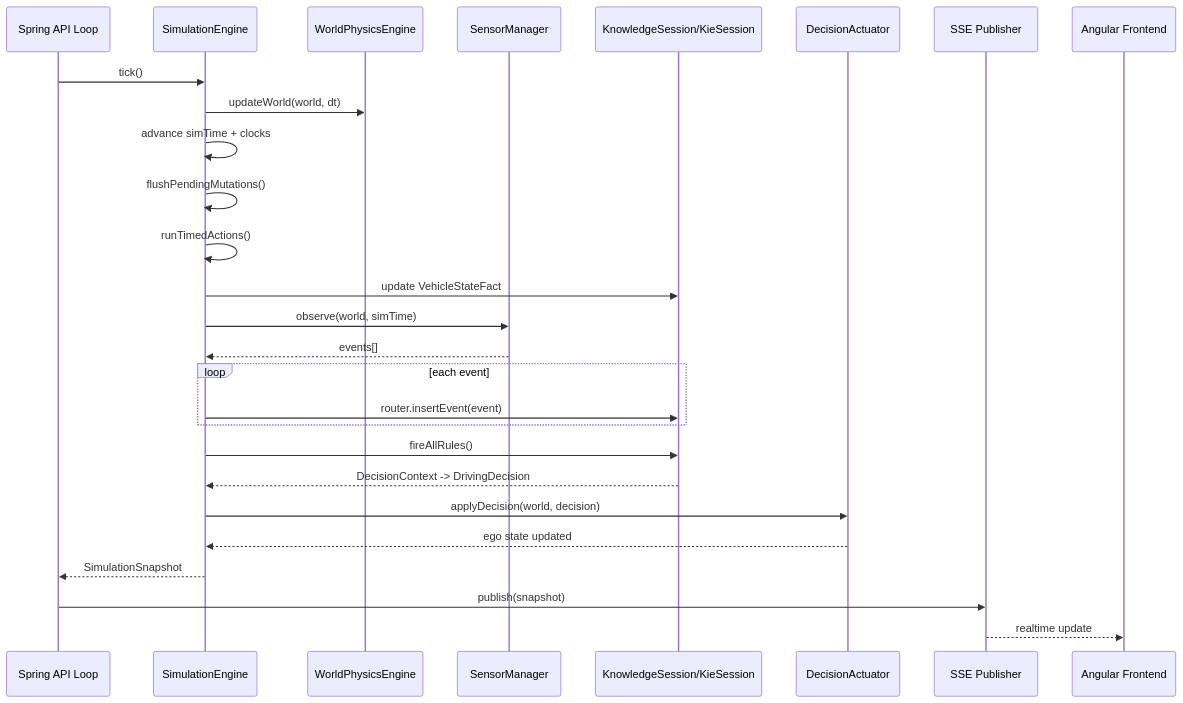
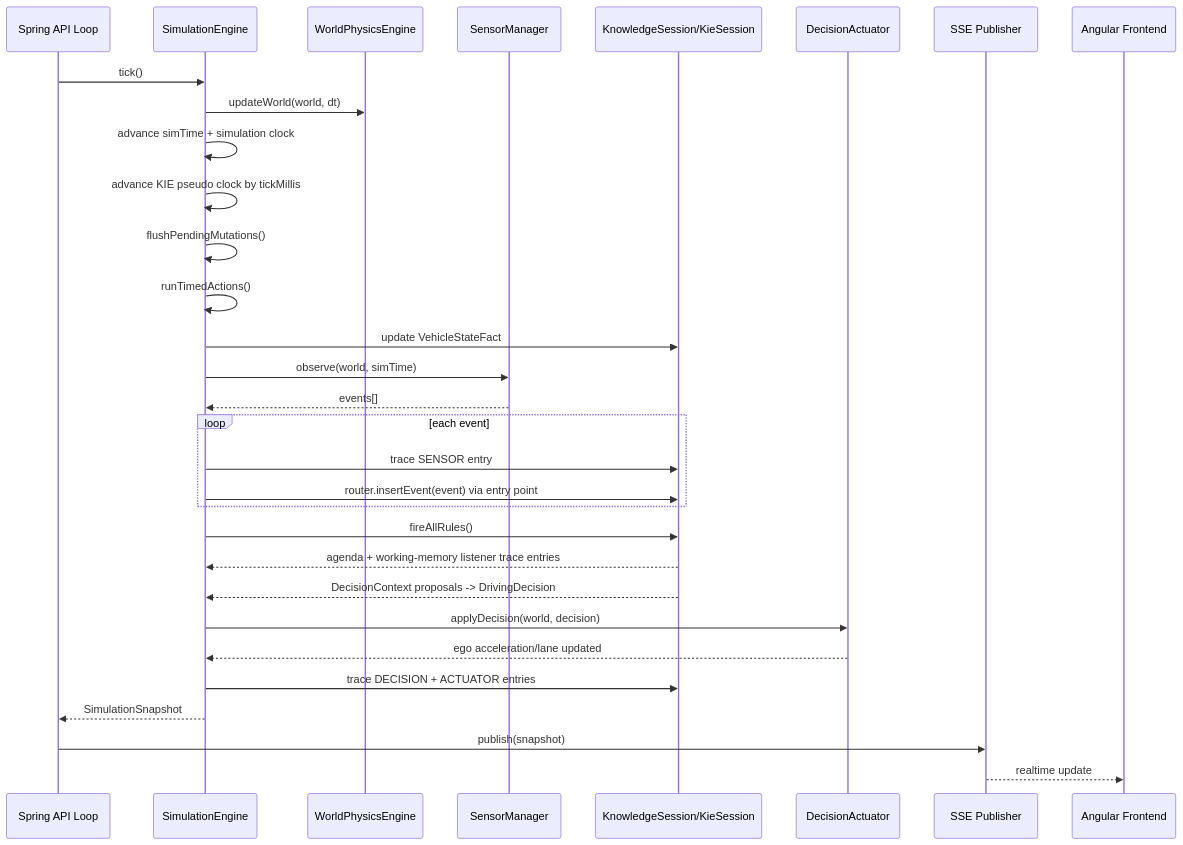
One commit to 1-2Drive/projeto-1 changed the diagram in diagrams/03-simulation-tick-sequence.md. Above: the diagram before and after it, drawn with Mermaid. The commit also changed 87 other files, not shown here.

````diff
--- a/diagrams/03-simulation-tick-sequence.md
+++ b/diagrams/03-simulation-tick-sequence.md
@@ -1,30 +1,34 @@
 ```mermaid
 sequenceDiagram
     participant API as Spring API Loop
     participant ENG as SimulationEngine
     participant PHY as WorldPhysicsEngine
     participant SNS as SensorManager
     participant KIE as KnowledgeSession/KieSession
     participant ACT as DecisionActuator
     participant SSE as SSE Publisher
     participant ANG as Angular Frontend
 
     API->>ENG: tick()
     ENG->>PHY: updateWorld(world, dt)
-    ENG->>ENG: advance simTime + clocks
+    ENG->>ENG: advance simTime + simulation clock
+    ENG->>ENG: advance KIE pseudo clock by tickMillis
     ENG->>ENG: flushPendingMutations()
     ENG->>ENG: runTimedActions()
     ENG->>KIE: update VehicleStateFact
     ENG->>SNS: observe(world, simTime)
     SNS-->>ENG: events[]
     loop each event
-        ENG->>KIE: router.insertEvent(event)
+        ENG->>KIE: trace SENSOR entry
+        ENG->>KIE: router.insertEvent(event) via entry point
     end
     ENG->>KIE: fireAllRules()
-    KIE-->>ENG: DecisionContext -> DrivingDecision
+    KIE-->>ENG: agenda + working-memory listener trace entries
+    KIE-->>ENG: DecisionContext proposals -> DrivingDecision
     ENG->>ACT: applyDecision(world, decision)
-    ACT-->>ENG: ego state updated
+    ACT-->>ENG: ego acceleration/lane updated
+    ENG->>KIE: trace DECISION + ACTUATOR entries
     ENG-->>API: SimulationSnapshot
     API->>SSE: publish(snapshot)
     SSE-->>ANG: realtime update
 ```
````
